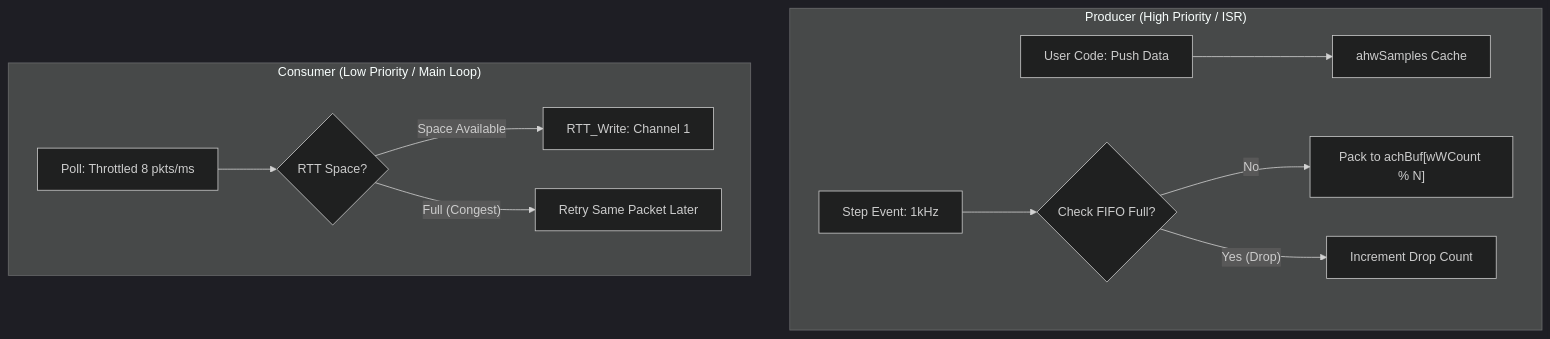
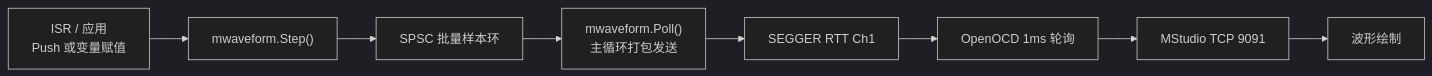
Before and after one commit to wyxun/gmsi: the diagram in docs/mdebug/mwaveform.md, drawn with Mermaid (dark theme). The commit also changed other lines of this file and 11 other files, not shown here.

````diff
--- a/docs/mdebug/mwaveform.md
+++ b/docs/mdebug/mwaveform.md
@@ -11,16 +16,10 @@
 ```mermaid
-graph TD
-    subgraph "Producer (High Priority / ISR)"
-        A["User Code: Push Data"] --> B["ahwSamples Cache"]
-        C["Step Event: 1kHz"] --> D{"Check FIFO Full?"}
-        D -- "No" --> E["Pack to achBuf[wWCount % N]"]
-        D -- "Yes (Drop)" --> F["Increment Drop Count"]
-    end
-
-    subgraph "Consumer (Low Priority / Main Loop)"
-        G["Poll: Throttled 8 pkts/ms"] --> H{"RTT Space?"}
-        H -- "Space Available" --> I["RTT_Write: Channel 1"]
-        H -- "Full (Congest)" --> J["Retry Same Packet Later"]
-    end
-
+flowchart LR
+    A["ISR / 应用<br/>Push 或变量赋值"] --> B["mwaveform.Step()"]
+    B --> C["SPSC 批量样本环"]
+    C --> D["mwaveform.Poll()<br/>主循环打包发送"]
+    D --> E["SEGGER RTT Ch1"]
+    E --> F["OpenOCD 1ms 轮询"]
+    F --> G["MStudio TCP 9091"]
+    G --> H["波形绘制"]
 ```
````
